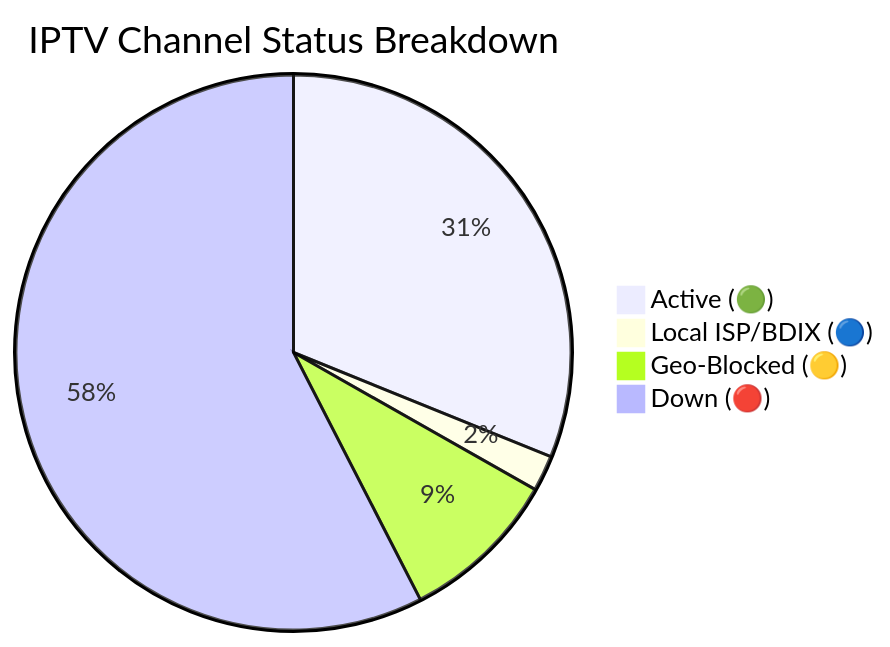
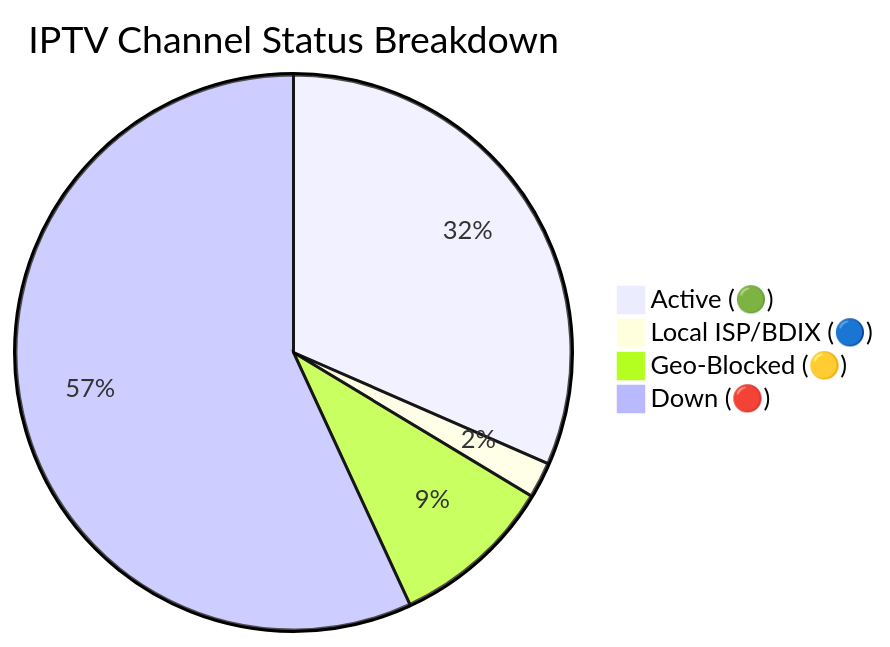
The diagram in README.md (andreataylord/Ip-tv-Collection), drawn with Mermaid before and after one commit. The commit also changed other lines of this file and 1 other file, not shown here.

Commit message:
docs(readme): auto-update daily channel status chart

````diff
--- a/README.md
+++ b/README.md
@@ -59,7 +59,7 @@
 ```mermaid
 pie title IPTV Channel Status Breakdown
-    "Active (🟢)" : 2311
+    "Active (🟢)" : 2343
     "Local ISP/BDIX (🔵)" : 155
-    "Geo-Blocked (🟡)" : 686
-    "Down (🔴)" : 4273
+    "Geo-Blocked (🟡)" : 703
+    "Down (🔴)" : 4224
 ```
````
